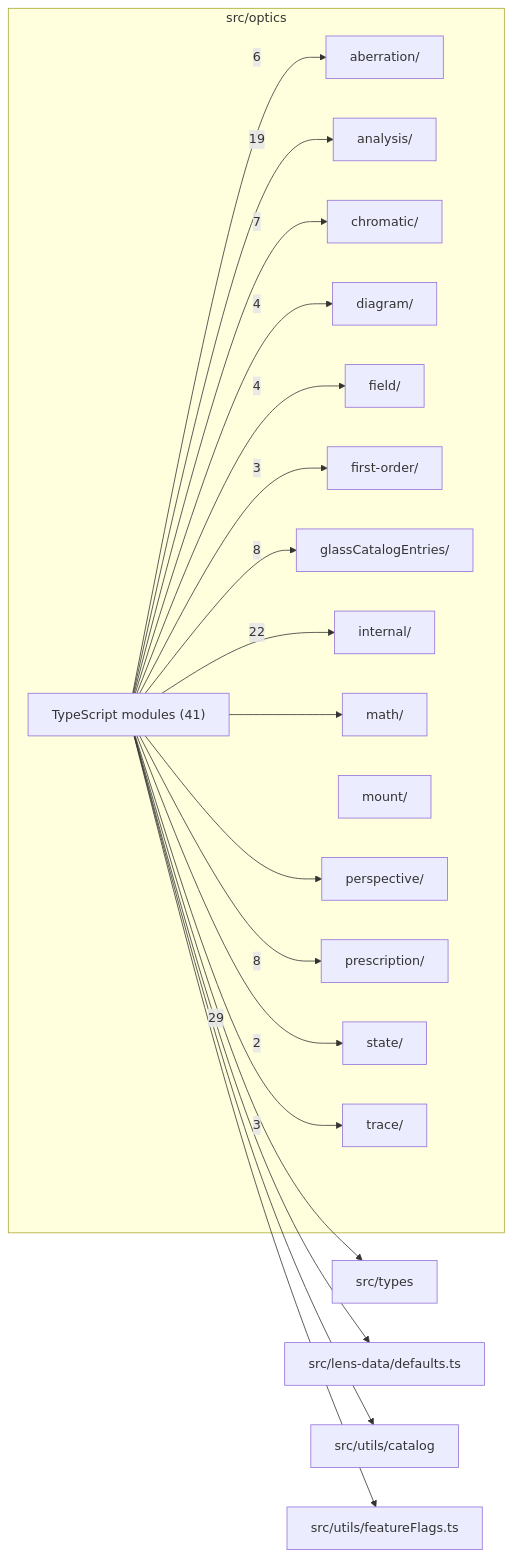
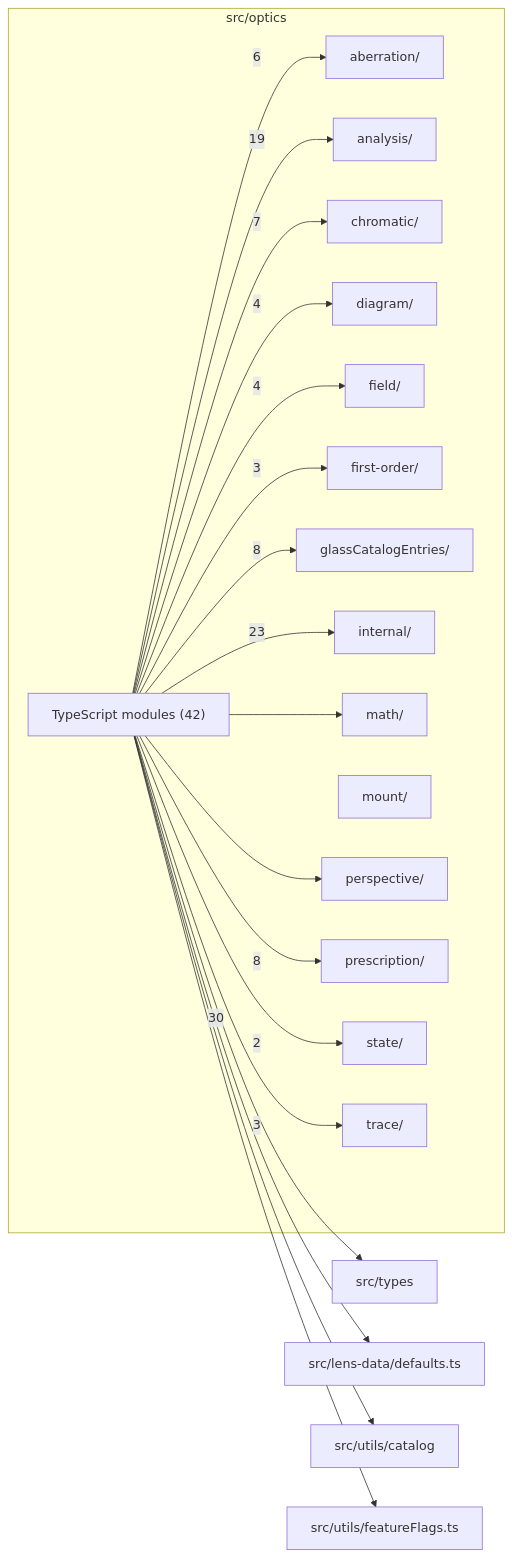
Before and after one commit to BeamFour/LensVisualizer: the diagram in src/optics/readme.md, drawn with Mermaid. The commit also changed other lines of this file and 374 other files, not shown here.

````diff
--- a/src/optics/readme.md
+++ b/src/optics/readme.md
@@ -9,41 +9,41 @@
 ```mermaid
 flowchart LR
   subgraph n_src_optics["src/optics"]
     n_src_optics_src_optics_aberration["aberration/"]
     n_src_optics_src_optics_analysis["analysis/"]
     n_src_optics_src_optics_chromatic["chromatic/"]
     n_src_optics_src_optics_diagram["diagram/"]
     n_src_optics_src_optics_field["field/"]
     n_src_optics_src_optics_first_order["first-order/"]
     n_src_optics_src_optics_glassCatalogEntries["glassCatalogEntries/"]
     n_src_optics_src_optics_internal["internal/"]
     n_src_optics_src_optics_math["math/"]
     n_src_optics_src_optics_mount["mount/"]
     n_src_optics_src_optics_perspective["perspective/"]
     n_src_optics_src_optics_prescription["prescription/"]
     n_src_optics_src_optics_state["state/"]
     n_src_optics_src_optics_trace["trace/"]
-    n_src_optics_TypeScript_modules["TypeScript modules (41)"]
+    n_src_optics_TypeScript_modules["TypeScript modules (42)"]
   end
   n_external_src_types["src/types"]
   n_external_src_lens_data_defaults_ts["src/lens-data/defaults.ts"]
   n_external_src_utils_catalog["src/utils/catalog"]
   n_external_src_utils_featureFlags_ts["src/utils/featureFlags.ts"]
-  n_src_optics_TypeScript_modules --> |29| n_external_src_types
-  n_src_optics_TypeScript_modules --> |22| n_src_optics_src_optics_internal
+  n_src_optics_TypeScript_modules --> |30| n_external_src_types
+  n_src_optics_TypeScript_modules --> |23| n_src_optics_src_optics_internal
   n_src_optics_TypeScript_modules --> |19| n_src_optics_src_optics_analysis
   n_src_optics_TypeScript_modules --> |8| n_src_optics_src_optics_glassCatalogEntries
   n_src_optics_TypeScript_modules --> |8| n_src_optics_src_optics_prescription
   n_src_optics_TypeScript_modules --> |7| n_src_optics_src_optics_chromatic
   n_src_optics_TypeScript_modules --> |6| n_src_optics_src_optics_aberration
   n_src_optics_TypeScript_modules --> |4| n_src_optics_src_optics_diagram
   n_src_optics_TypeScript_modules --> |4| n_src_optics_src_optics_field
   n_src_optics_TypeScript_modules --> |3| n_src_optics_src_optics_first_order
   n_src_optics_TypeScript_modules --> |3| n_src_optics_src_optics_trace
   n_src_optics_TypeScript_modules --> |2| n_src_optics_src_optics_state
   n_src_optics_TypeScript_modules --> n_external_src_lens_data_defaults_ts
   n_src_optics_TypeScript_modules --> n_external_src_utils_catalog
   n_src_optics_TypeScript_modules --> n_external_src_utils_featureFlags_ts
   n_src_optics_TypeScript_modules --> n_src_optics_src_optics_math
   n_src_optics_TypeScript_modules --> n_src_optics_src_optics_perspective
 ```
````
